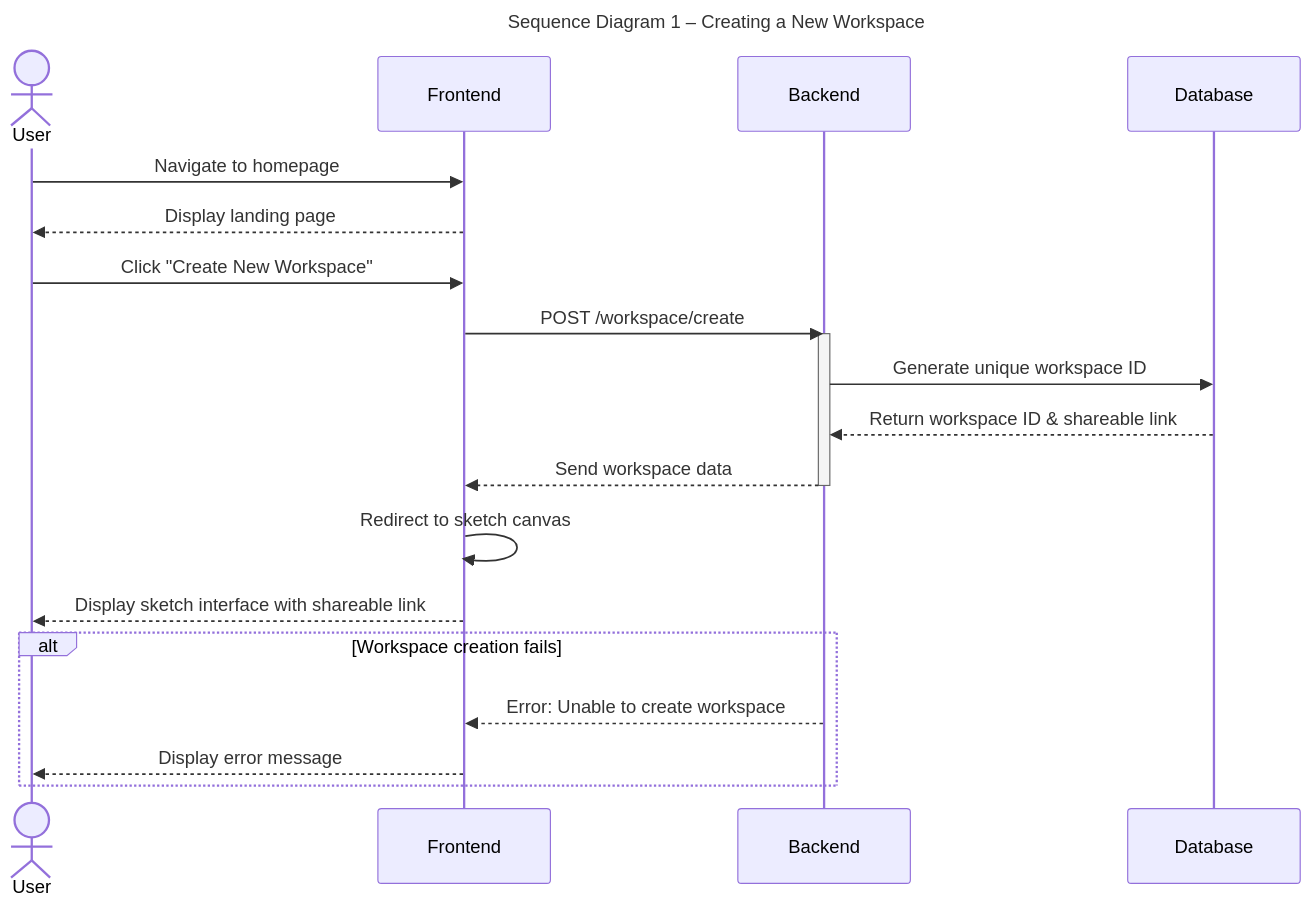
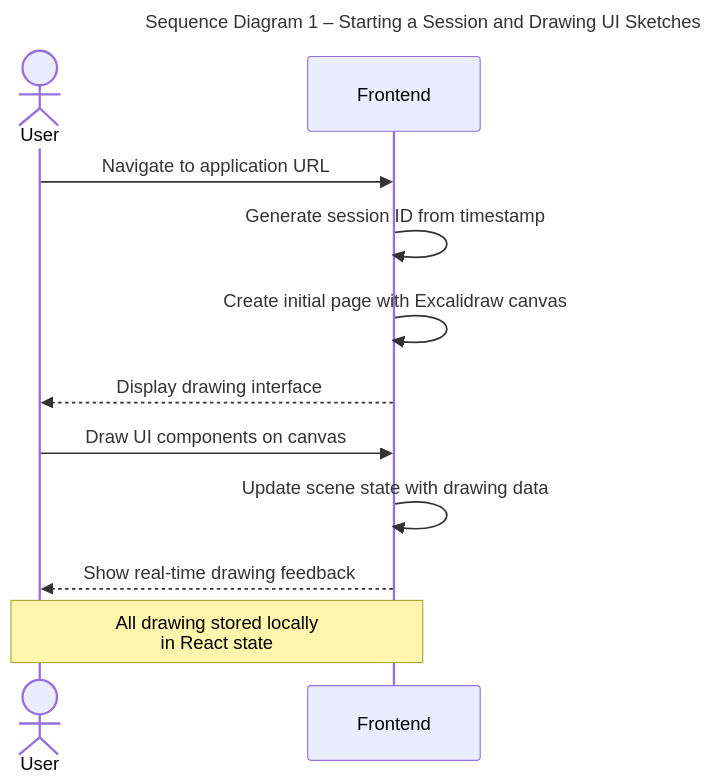
One commit to Capstone-Projects-2025-Fall/project-001-sketch2screen changed the first of 6 diagrams in documentation/docs/system-architecture/sequence-diagrams.md. Above: the diagram before and after it, drawn with Mermaid. The commit also changed other lines of this file and 2 other files, not shown here.

Commit message:
Updated Sequence Diagrams section

````diff
--- a/documentation/docs/system-architecture/sequence-diagrams.md
+++ b/documentation/docs/system-architecture/sequence-diagrams.md
@@ -16,28 +16,20 @@
 ```mermaid
 ---
-title: Sequence Diagram 1 – Creating a New Workspace
+title: Sequence Diagram 1 – Starting a Session and Drawing UI Sketches
 ---
 
 sequenceDiagram
     actor User
     participant Frontend
-    participant Backend
-    participant Database
 
-    User->>Frontend: Navigate to homepage
-    Frontend-->>User: Display landing page
-    User->>Frontend: Click "Create New Workspace"
-    Frontend->>Backend: POST /workspace/create
-    activate Backend
-    Backend->>Database: Generate unique workspace ID
-    Database-->>Backend: Return workspace ID & shareable link
-    Backend-->>Frontend: Send workspace data
-    deactivate Backend
-    Frontend->>Frontend: Redirect to sketch canvas
-    Frontend-->>User: Display sketch interface with shareable link
+    User->>Frontend: Navigate to application URL
+    Frontend->>Frontend: Generate session ID from timestamp
+    Frontend->>Frontend: Create initial page with Excalidraw canvas
+    Frontend-->>User: Display drawing interface
 
-    alt Workspace creation fails
-        Backend-->>Frontend: Error: Unable to create workspace
-        Frontend-->>User: Display error message
-    end
+    User->>Frontend: Draw UI components on canvas
+    Frontend->>Frontend: Update scene state with drawing data
+    Frontend-->>User: Show real-time drawing feedback
+
+    Note over User,Frontend: All drawing stored locally<br/>in React state
 ```
````
